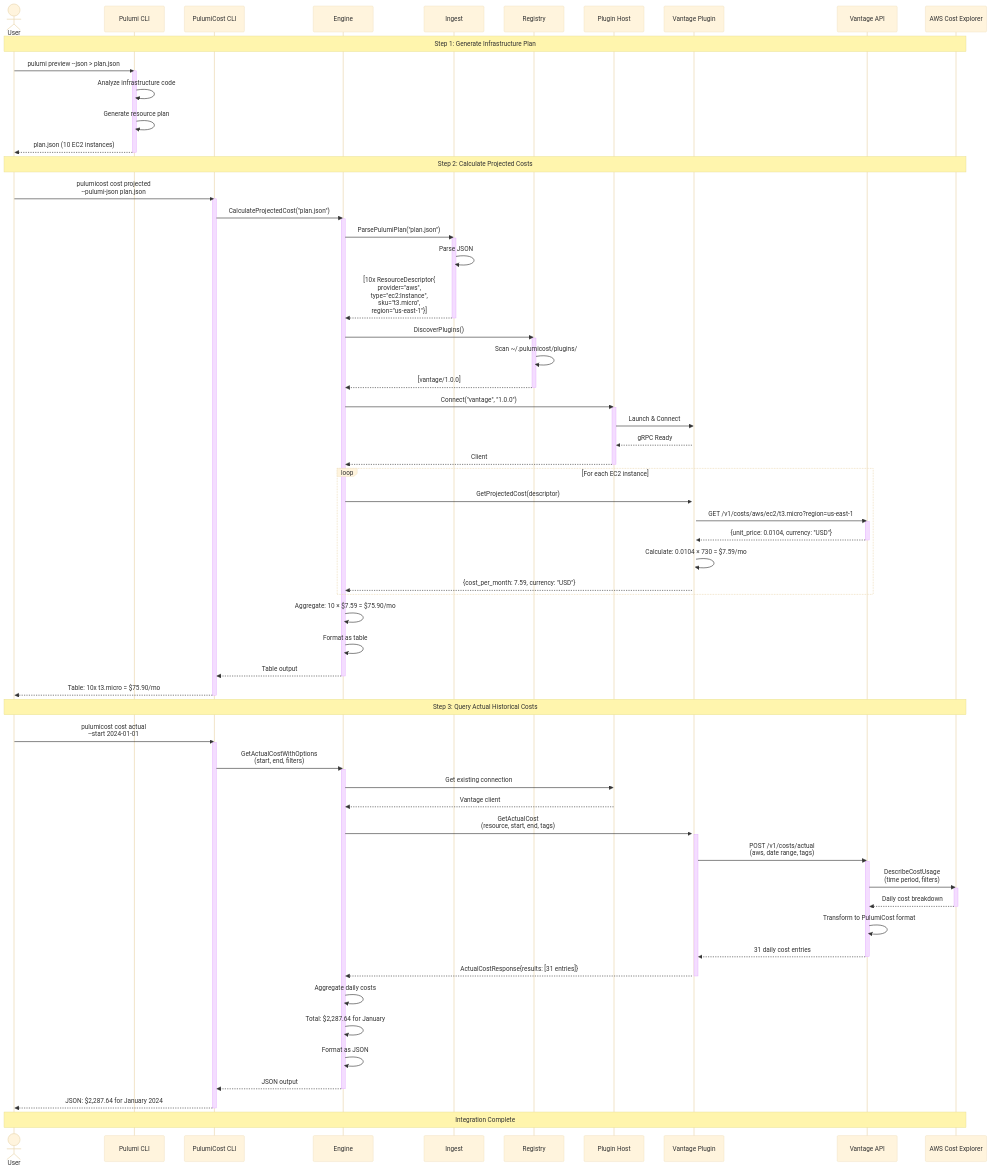
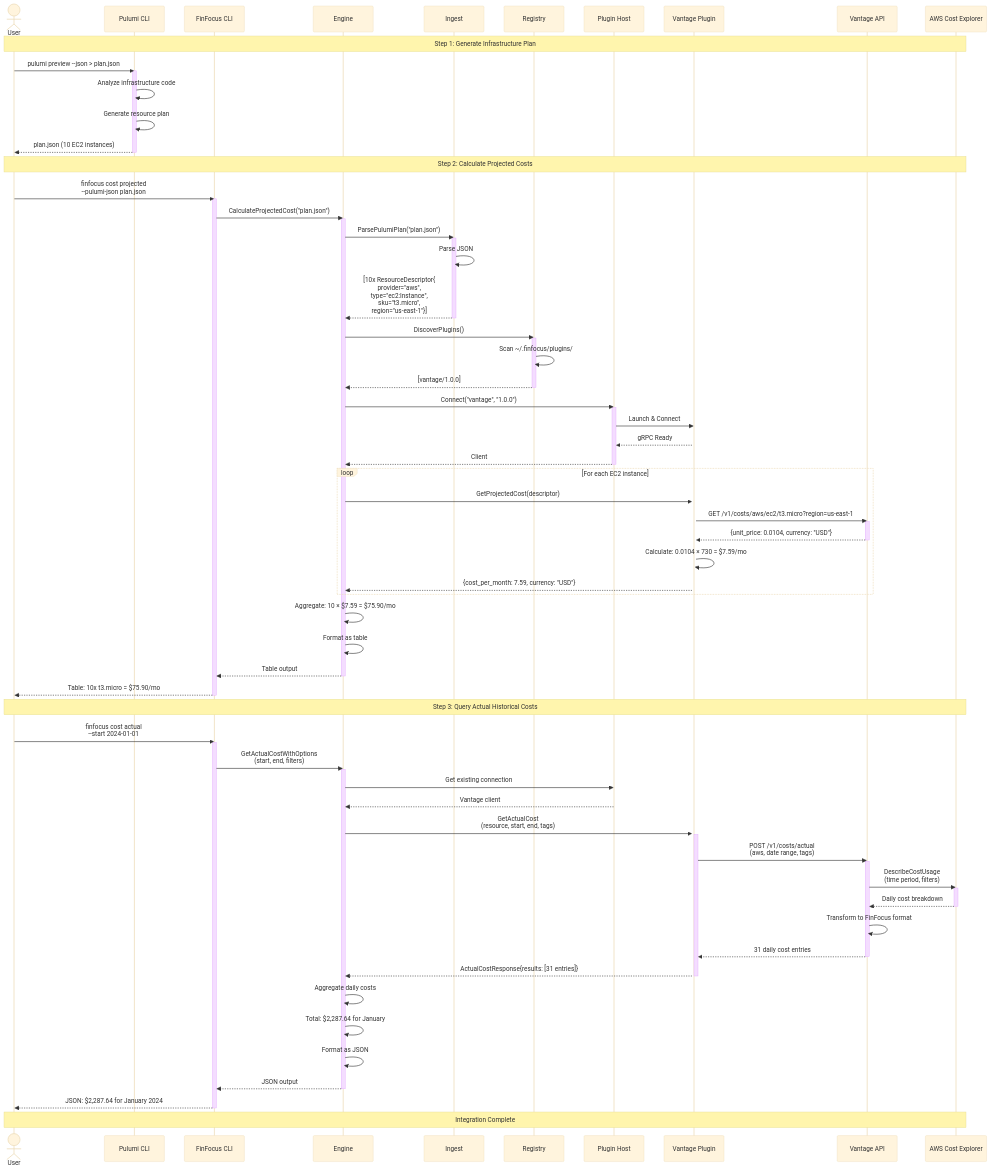
One commit to rshade/pulumicost-core changed the diagram in docs/architecture/diagrams/integration-example.md. Above: the diagram before and after it, drawn with Mermaid (base theme). The commit also changed other lines of this file and 514 other files, not shown here.

```diff
--- a/docs/architecture/diagrams/integration-example.md
+++ b/docs/architecture/diagrams/integration-example.md
@@ -11,7 +11,7 @@
 sequenceDiagram
     actor User
     participant Pulumi as Pulumi CLI
-    participant PC as PulumiCost CLI
+    participant PC as FinFocus CLI
     participant Engine as Engine
     participant Ingest as Ingest
     participant Registry as Registry
@@ -31,7 +31,7 @@
 
     Note over User,AWS: Step 2: Calculate Projected Costs
 
-    User->>PC: pulumicost cost projected<br/>--pulumi-json plan.json
+    User->>PC: finfocus cost projected<br/>--pulumi-json plan.json
     activate PC
     PC->>Engine: CalculateProjectedCost("plan.json")
     activate Engine
@@ -44,7 +44,7 @@
 
     Engine->>Registry: DiscoverPlugins()
     activate Registry
-    Registry->>Registry: Scan ~/.pulumicost/plugins/
+    Registry->>Registry: Scan ~/.finfocus/plugins/
     Registry-->>Engine: [vantage/1.0.0]
     deactivate Registry
 
@@ -76,7 +76,7 @@
 
     Note over User,AWS: Step 3: Query Actual Historical Costs
 
-    User->>PC: pulumicost cost actual<br/>--start 2024-01-01
+    User->>PC: finfocus cost actual<br/>--start 2024-01-01
     activate PC
     PC->>Engine: GetActualCostWithOptions<br/>(start, end, filters)
     activate Engine
@@ -95,7 +95,7 @@
     AWS-->>VantageAPI: Daily cost breakdown
     deactivate AWS
 
-    VantageAPI->>VantageAPI: Transform to PulumiCost format
+    VantageAPI->>VantageAPI: Transform to FinFocus format
     VantageAPI-->>Vantage: 31 daily cost entries
     deactivate VantageAPI
 
```
